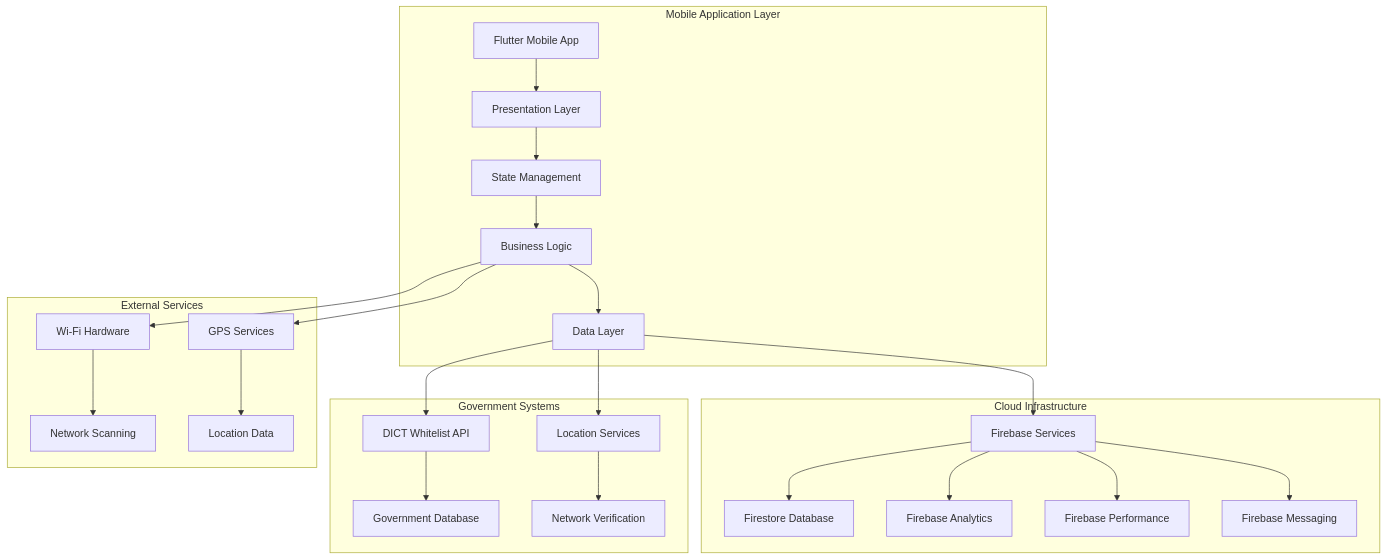
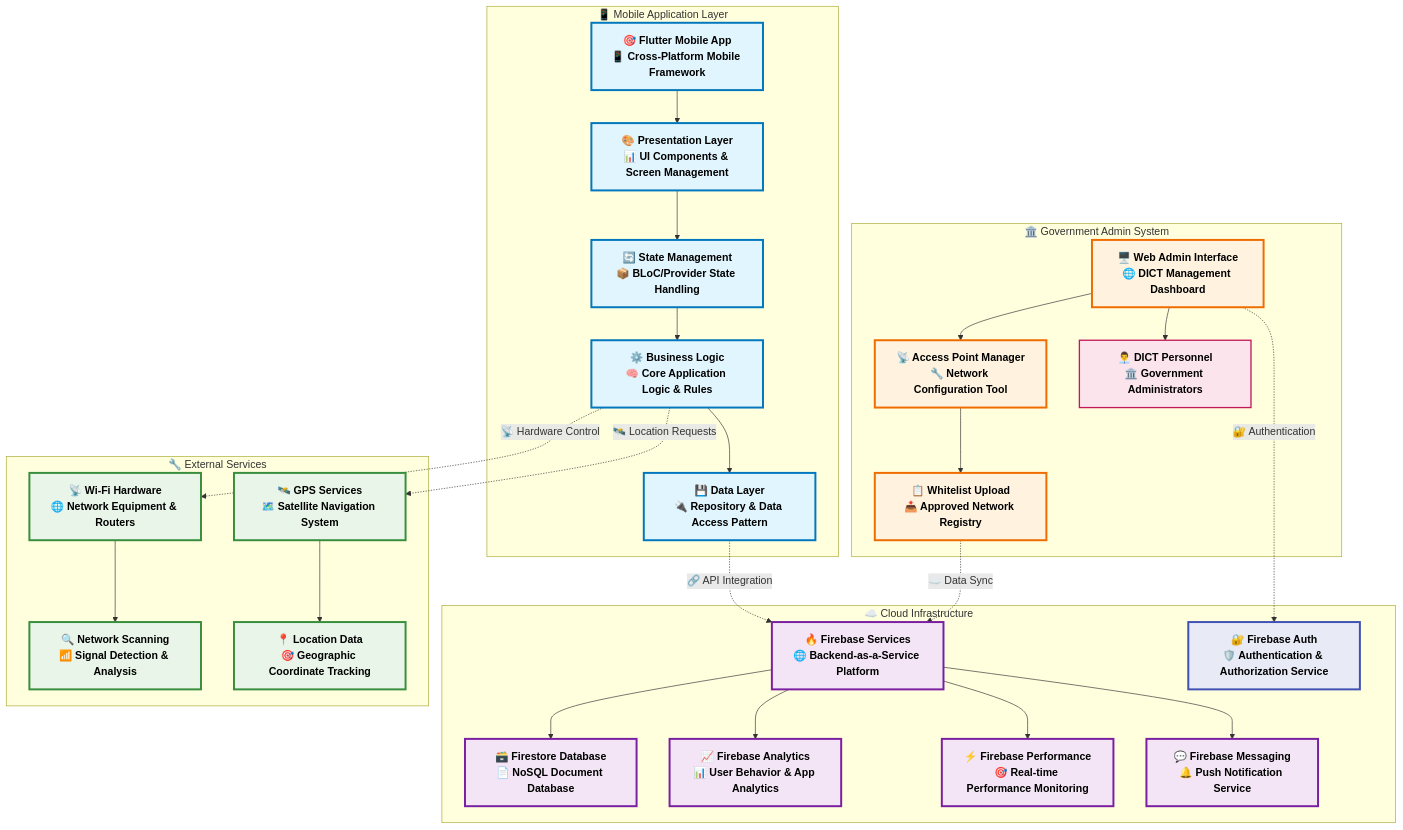
Before and after one commit to Aeldored/mobile: the first of 6 diagrams in MOBILE_APP_DOCUMENTATION.md, drawn with Mermaid. The commit also changed other lines of this file, not shown here.

````diff
--- a/MOBILE_APP_DOCUMENTATION.md
+++ b/MOBILE_APP_DOCUMENTATION.md
@@ -107,33 +107,50 @@
 ```mermaid
 graph TB
-    subgraph "Mobile Application Layer"
-        A[Flutter Mobile App] --> B[Presentation Layer]
-        B --> C[State Management]
-        C --> D[Business Logic]
-        D --> E[Data Layer]
+    subgraph "📱 Mobile Application Layer"
+        A["🎯 Flutter Mobile App<br/>📱 Cross-Platform Mobile Framework"] --> B["🎨 Presentation Layer<br/>📊 UI Components & Screen Management"]
+        B --> C["🔄 State Management<br/>📦 BLoC/Provider State Handling"]
+        C --> D["⚙️ Business Logic<br/>🧠 Core Application Logic & Rules"]
+        D --> E["💾 Data Layer<br/>🔌 Repository & Data Access Pattern"]
     end
     
-    subgraph "Cloud Infrastructure"
-        F[Firebase Services] --> G[Firestore Database]
-        F --> H[Firebase Analytics]
-        F --> I[Firebase Performance]
-        F --> J[Firebase Messaging]
+    subgraph "☁️ Cloud Infrastructure"
+        F["🔥 Firebase Services<br/>🌐 Backend-as-a-Service Platform"] --> G["🗃️ Firestore Database<br/>📄 NoSQL Document Database"]
+        F --> H["📈 Firebase Analytics<br/>📊 User Behavior & App Analytics"]
+        F --> I["⚡ Firebase Performance<br/>🎯 Real-time Performance Monitoring"]
+        F --> J["💬 Firebase Messaging<br/>🔔 Push Notification Service"]
+        T["🔐 Firebase Auth<br/>🛡️ Authentication & Authorization Service"]
     end
     
-    subgraph "Government Systems"
-        K[DICT Whitelist API] --> L[Government Database]
-        M[Location Services] --> N[Network Verification]
+    subgraph "🏛️ Government Admin System"
+        K["🖥️ Web Admin Interface<br/>🌐 DICT Management Dashboard"] --> L["📡 Access Point Manager<br/>🔧 Network Configuration Tool"]
+        L --> M["📋 Whitelist Upload<br/>📤 Approved Network Registry"]
+        M -.->|"☁️ Data Sync"| F
+        K --> N["👨‍💼 DICT Personnel<br/>🏛️ Government Administrators"]
+        K -.->|"🔐 Authentication"| T
     end
     
-    E --> F
-    E --> K
-    E --> M
+    E -.->|"🔗 API Integration"| F
     
-    subgraph "External Services"
-        O[Wi-Fi Hardware] --> P[Network Scanning]
-        Q[GPS Services] --> R[Location Data]
+    subgraph "🔧 External Services"
+        O["📡 Wi-Fi Hardware<br/>🌐 Network Equipment & Routers"] --> P["🔍 Network Scanning<br/>📶 Signal Detection & Analysis"]
+        Q["🛰️ GPS Services<br/>🗺️ Satellite Navigation System"] --> R["📍 Location Data<br/>🎯 Geographic Coordinate Tracking"]
     end
     
-    D --> O
-    D --> Q
+    D -.->|"📡 Hardware Control"| O
+    D -.->|"🛰️ Location Requests"| Q
+
+    %% Enhanced Styling
+    classDef mobileLayer fill:#e1f5fe,stroke:#0277bd,stroke-width:3px,color:#000,font-weight:bold
+    classDef cloudLayer fill:#f3e5f5,stroke:#7b1fa2,stroke-width:3px,color:#000,font-weight:bold
+    classDef govLayer fill:#fff3e0,stroke:#ef6c00,stroke-width:3px,color:#000,font-weight:bold
+    classDef externalLayer fill:#e8f5e8,stroke:#388e3c,stroke-width:3px,color:#000,font-weight:bold
+    classDef adminPersonnel fill:#fce4ec,stroke:#c2185b,stroke-width:2px,color:#000,font-weight:bold
+    classDef authService fill:#e8eaf6,stroke:#3f51b5,stroke-width:3px,color:#000,font-weight:bold
+    
+    class A,B,C,D,E mobileLayer
+    class F,G,H,I,J cloudLayer
+    class K,L,M govLayer
+    class O,P,Q,R externalLayer
+    class N adminPersonnel
+    class T authService
 ```
````
